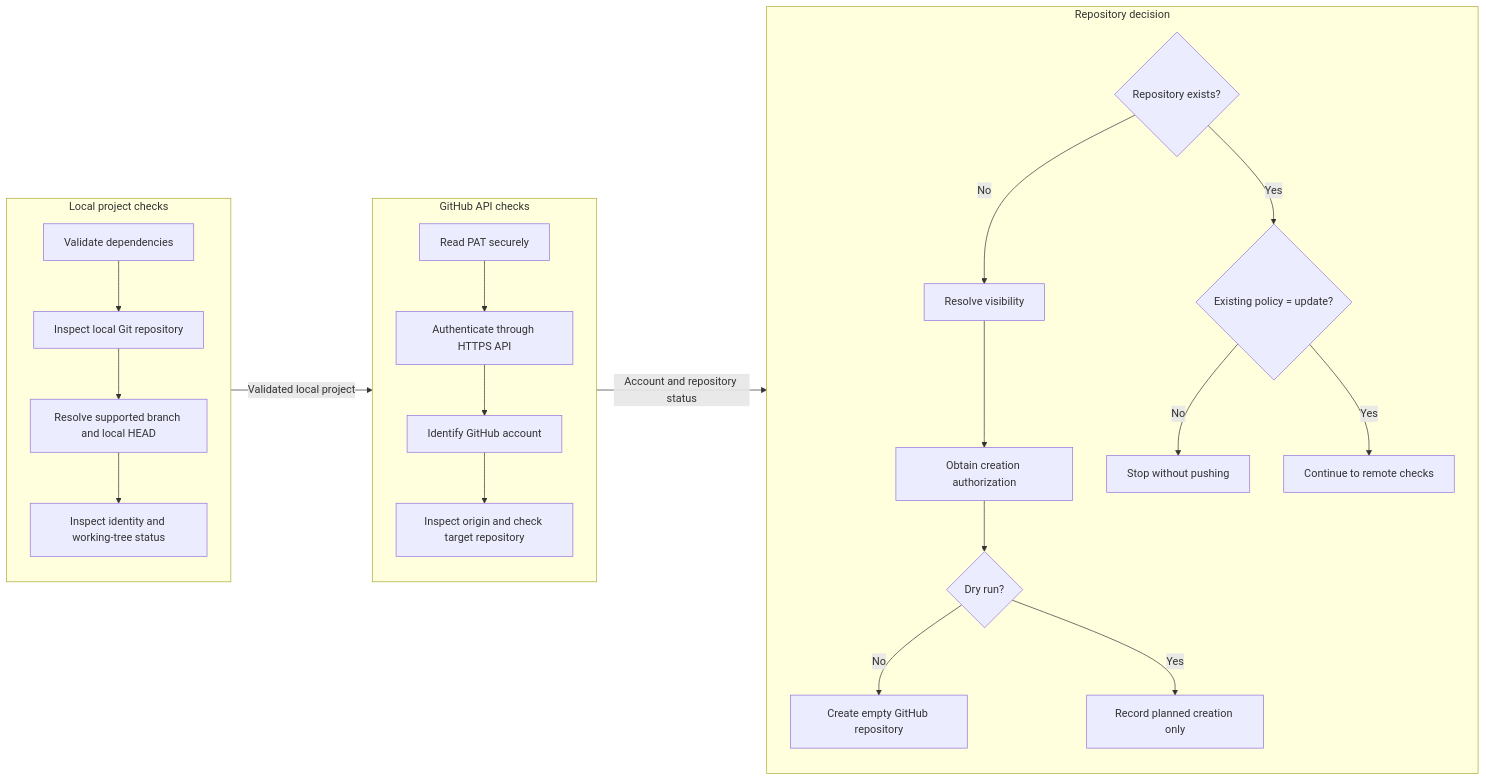
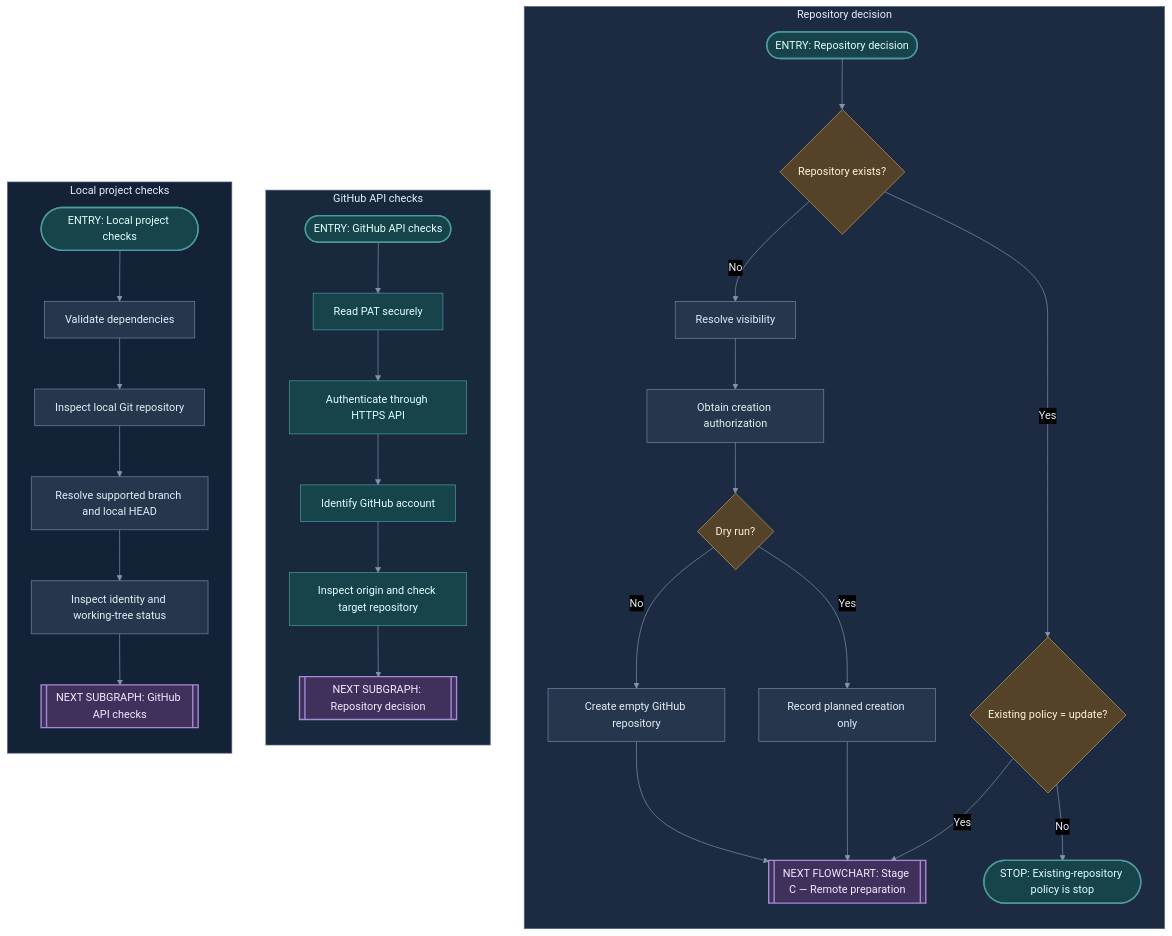
Before and after one commit to TheInternetTutor/ghputil: the second of 3 diagrams in README/015_program_flow.md, drawn with Mermaid. The commit also changed other lines of this file and 1 other file, not shown here.

Commit message:
Refine Mermaid workflow diagrams

````diff
--- a/README/015_program_flow.md
+++ b/README/015_program_flow.md
@@ -46,29 +73,50 @@
 ```mermaid
-flowchart LR
-  subgraph C[Local project checks]
-    direction TB
-    C1[Validate dependencies] --> C2[Inspect local Git repository]
-    C2 --> C3[Resolve supported branch and local HEAD]
-    C3 --> C4[Inspect identity and working-tree status]
-  end
-  subgraph D[GitHub API checks]
-    direction TB
-    D1[Read PAT securely] --> D2[Authenticate through HTTPS API]
-    D2 --> D3[Identify GitHub account]
-    D3 --> D4[Inspect origin and check target repository]
-  end
+%%{init: {"theme":"base","themeVariables":{"darkMode":true,"background":"#0b1220","primaryColor":"#26364d","primaryTextColor":"#e6edf7","primaryBorderColor":"#7186a6","lineColor":"#8293ad","secondaryColor":"#1b2a40","tertiaryColor":"#172338","clusterBkg":"#172338","clusterBorder":"#526783","fontFamily":"Arial, sans-serif"}}}%%
+flowchart TB
   subgraph E[Repository decision]
     direction TB
-    E1{Repository exists?}
+    E0([ENTRY: Repository decision])
+    E0 --> E1{Repository exists?}
     E1 -- No --> E2[Resolve visibility]
     E2 --> E3[Obtain creation authorization]
     E3 --> E4{Dry run?}
     E4 -- No --> E5[Create empty GitHub repository]
     E4 -- Yes --> E6[Record planned creation only]
+    E5 --> E9[[NEXT FLOWCHART: Stage C — Remote preparation]]
+    E6 --> E9
     E1 -- Yes --> E7{Existing policy = update?}
-    E7 -- No --> E8[Stop without pushing]
-    E7 -- Yes --> E9[Continue to remote checks]
+    E7 -- No --> E8([STOP: Existing-repository policy is stop])
+    E7 -- Yes --> E9
   end
-  C -->|Validated local project| D
-  D -->|Account and repository status| E
+  subgraph D[GitHub API checks]
+    direction TB
+    D0([ENTRY: GitHub API checks])
+    D0 --> D1[Read PAT securely]
+    D1 --> D2[Authenticate through HTTPS API]
+    D2 --> D3[Identify GitHub account]
+    D3 --> D4[Inspect origin and check target repository]
+    D4 --> D5[[NEXT SUBGRAPH: Repository decision]]
+  end
+  subgraph C[Local project checks]
+    direction TB
+    C0([ENTRY: Local project checks])
+    C0 --> C1[Validate dependencies]
+    C1 --> C2[Inspect local Git repository]
+    C2 --> C3[Resolve supported branch and local HEAD]
+    C3 --> C4[Inspect identity and working-tree status]
+    C4 --> C5[[NEXT SUBGRAPH: GitHub API checks]]
+  end
+  classDef process fill:#26364d,stroke:#7186a6,color:#e6edf7,stroke-width:1px;
+  classDef decision fill:#554329,stroke:#c69b58,color:#fff1d6,stroke-width:1px;
+  classDef secure fill:#17434a,stroke:#4e9b9c,color:#e2ffff,stroke-width:1px;
+  classDef handoff fill:#40305c,stroke:#a78bd4,color:#f2eaff,stroke-width:2px;
+  classDef endpoint fill:#17434a,stroke:#4e9b9c,color:#e2ffff,stroke-width:2px;
+  class C1,C2,C3,C4,E2,E3,E5,E6 process;
+  class D1,D2,D3,D4 secure;
+  class E1,E4,E7 decision;
+  class C5,D5,E9 handoff;
+  class C0,D0,E0,E8 endpoint;
+  style C fill:#142238,stroke:#526783,stroke-width:1px,color:#e6edf7
+  style D fill:#18283d,stroke:#526783,stroke-width:1px,color:#e6edf7
+  style E fill:#1c2b42,stroke:#526783,stroke-width:1px,color:#e6edf7
 ```
````
